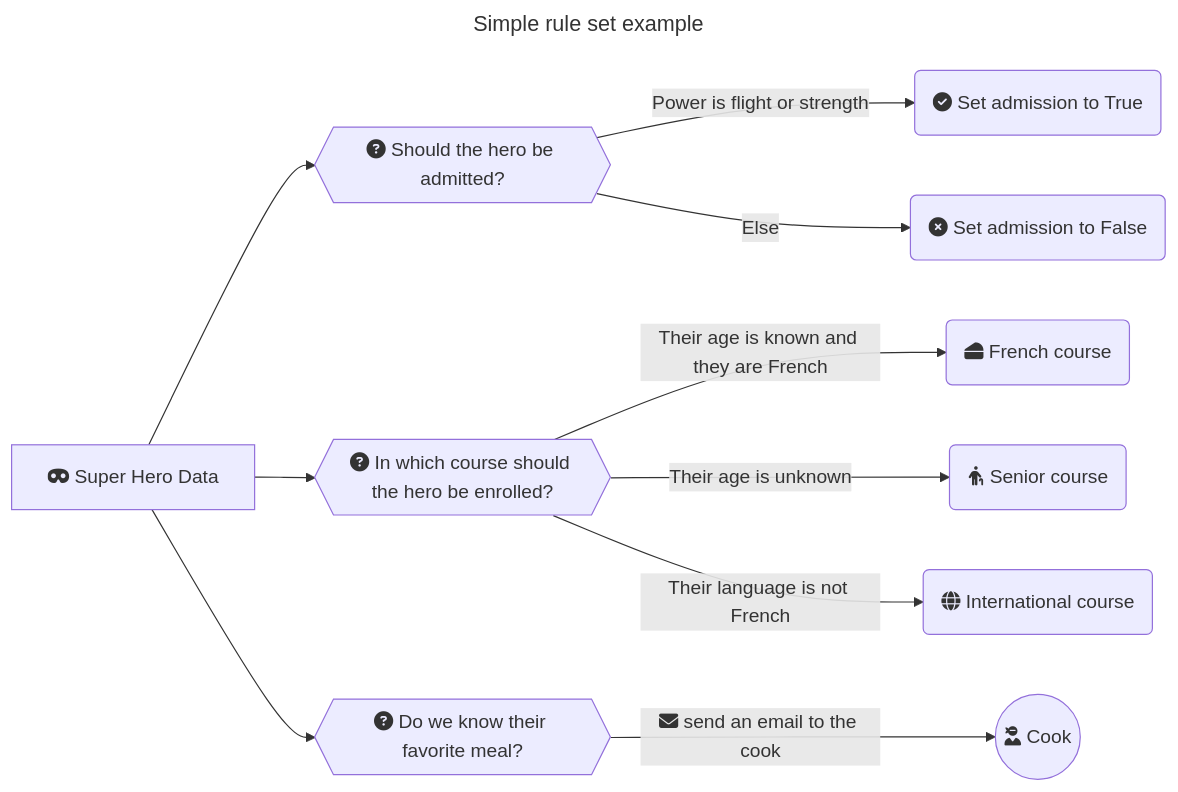
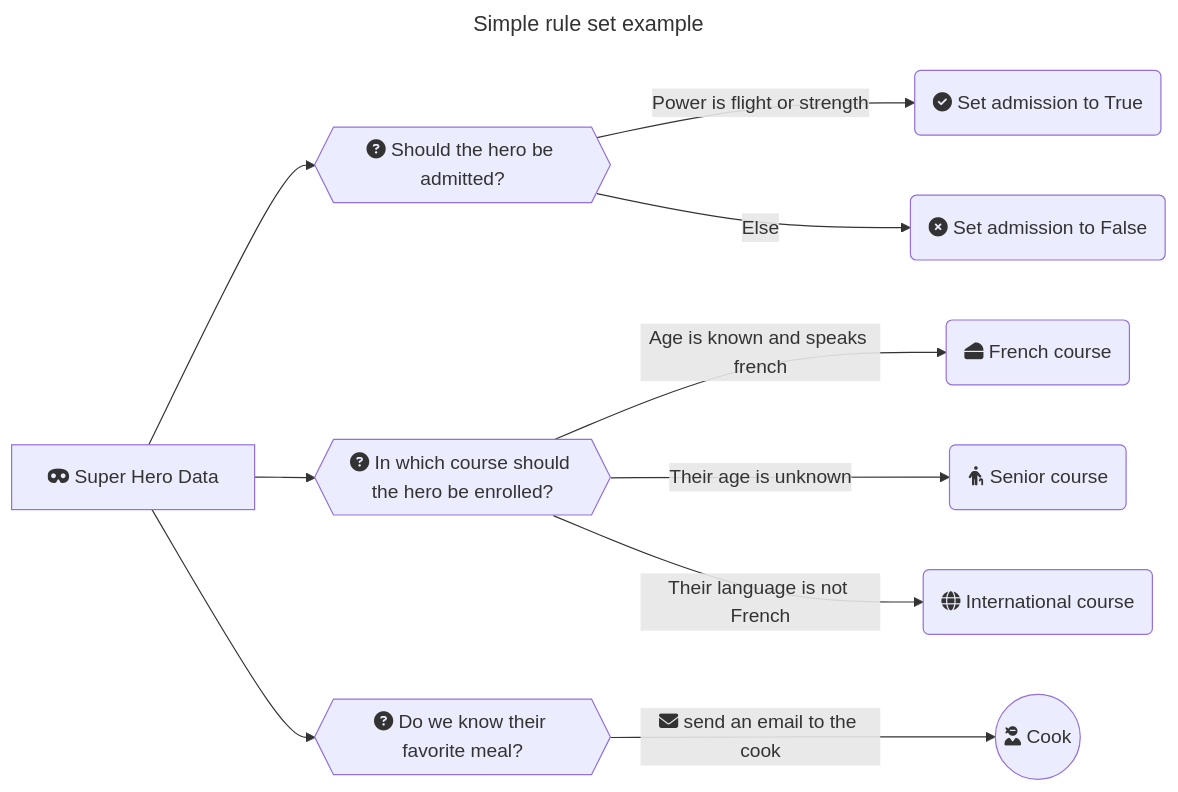
Before and after one commit to MAIF/arta: the diagram in docs/pages/a_simple_example.md, drawn with Mermaid.

````diff
--- a/docs/pages/a_simple_example.md
+++ b/docs/pages/a_simple_example.md
@@ -18,28 +18,28 @@
 ``` mermaid
 ---
 title: Simple rule set example
 ---
 flowchart LR
     input[fa:fa-mask Super Hero Data ]
     power{{fa:fa-circle-question Should the hero be admitted?}}
     admission_true(fa:fa-circle-check Set admission to True)
     admission_false(fa:fa-circle-xmark Set admission to False)
     course{{fa:fa-circle-question In which course should the hero be enrolled?}}
     meal{{fa:fa-circle-question Do we know their favorite meal?}}
     course_french(fa:fa-cheese French course)
     course_senior(fa:fa-person-cane Senior course)
     course_international(fa:fa-globe International course)
     cook((fa:fa-user-ninja Cook))
 
 
 input --> power
 input --> course
 input --> meal
 power -- Power is flight or strength --> admission_true
 power -- Else --> admission_false
-course -- Their age is known and they are French --> course_french
+course -- Age is known and speaks french --> course_french
 course -- Their age is unknown --> course_senior
 course -- Their language is not French --> course_international
 meal -- fa:fa-envelope send an email to the cook --> cook
 
 ```
````
